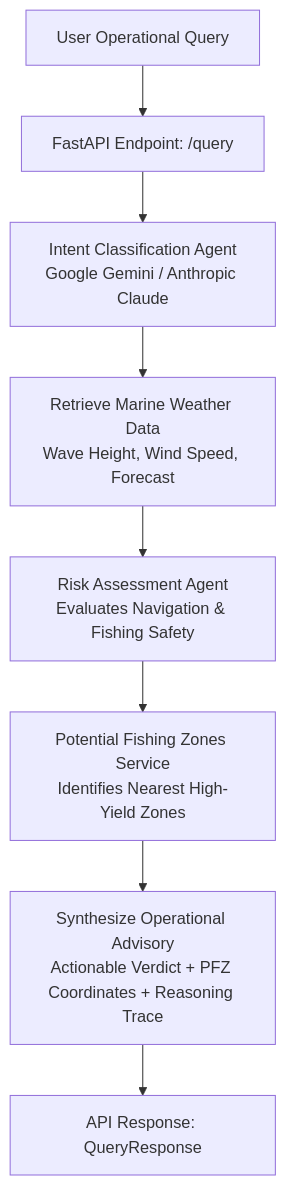
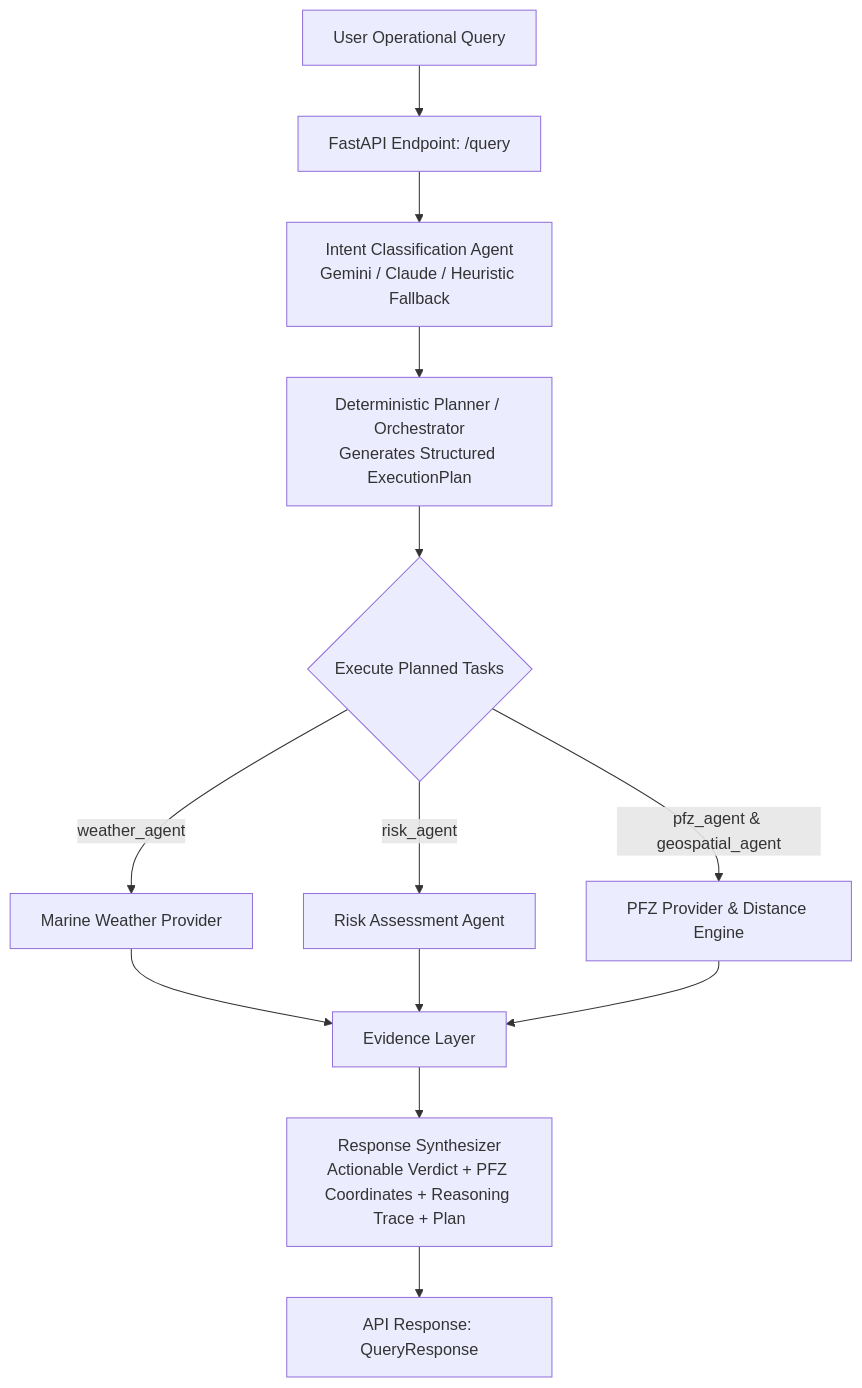
Before and after one commit to Darshilmodi15/Team-OrbitX-SIH-26: the diagram in README.md, drawn with Mermaid. The commit also changed other lines of this file and 6 other files, not shown here.

Commit message:
feat: implement multi-agent Planner architecture, task orchestration, and unit tests

````diff
--- a/README.md
+++ b/README.md
@@ -19,10 +19,15 @@
 ```mermaid
 flowchart TD
     A[User Operational Query] --> B[FastAPI Endpoint: /query]
-    B --> C[Intent Classification Agent<br/>Google Gemini / Anthropic Claude]
-    C --> D[Retrieve Marine Weather Data<br/>Wave Height, Wind Speed, Forecast]
-    D --> E[Risk Assessment Agent<br/>Evaluates Navigation & Fishing Safety]
-    E --> F[Potential Fishing Zones Service<br/>Identifies Nearest High-Yield Zones]
-    F --> G[Synthesize Operational Advisory<br/>Actionable Verdict + PFZ Coordinates + Reasoning Trace]
-    G --> H[API Response: QueryResponse]
+    B --> C[Intent Classification Agent<br/>Gemini / Claude / Heuristic Fallback]
+    C --> D[Deterministic Planner / Orchestrator<br/>Generates Structured ExecutionPlan]
+    D --> E{Execute Planned Tasks}
+    E -->|weather_agent| F[Marine Weather Provider]
+    E -->|risk_agent| G[Risk Assessment Agent]
+    E -->|pfz_agent & geospatial_agent| H[PFZ Provider & Distance Engine]
+    F --> I[Evidence Layer]
+    G --> I
+    H --> I
+    I --> J[Response Synthesizer<br/>Actionable Verdict + PFZ Coordinates + Reasoning Trace + Plan]
+    J --> K[API Response: QueryResponse]
 ```
````
